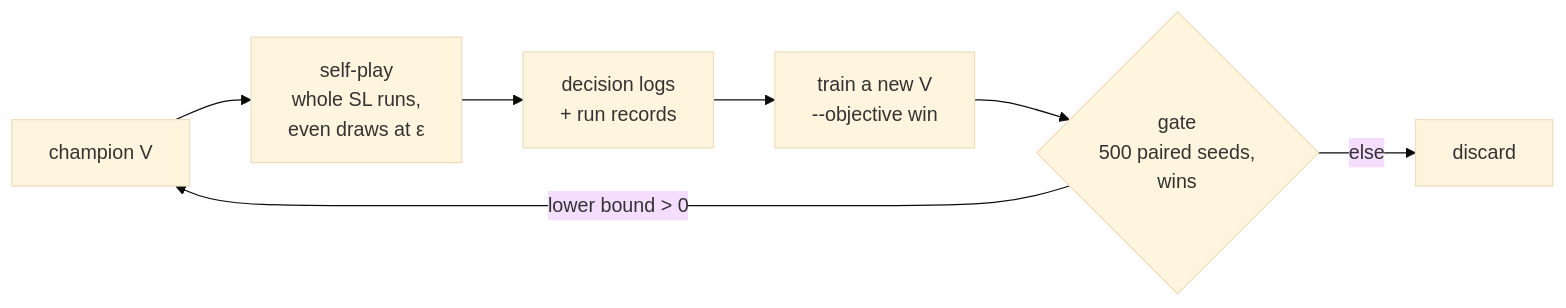
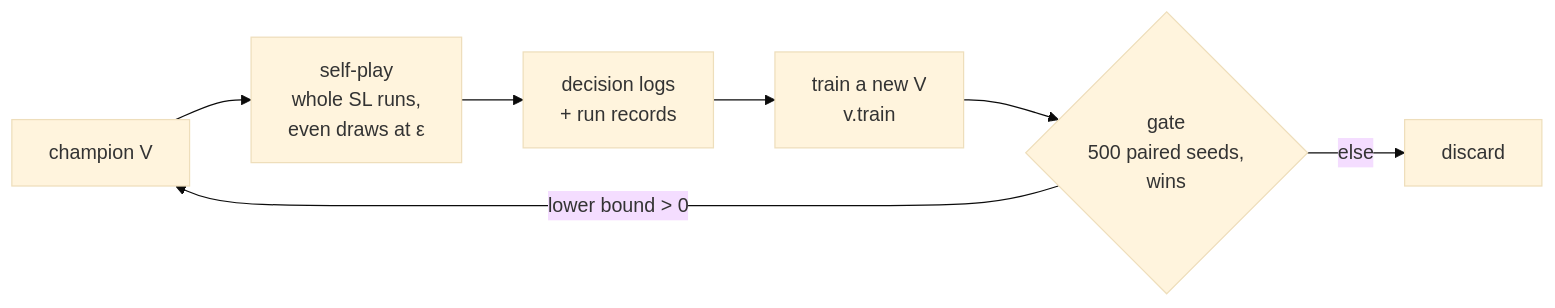
The diagram in docs/src/content/docs/en/arch/macro-brain/selfplay.mdx (shinnku-nikaidou/spire-zero), drawn with Mermaid (base theme) before and after one commit. The commit also changed other lines of this file and 168 other files, not shown here.

````diff
--- a/docs/src/content/docs/en/arch/macro-brain/selfplay.mdx
+++ b/docs/src/content/docs/en/arch/macro-brain/selfplay.mdx
@@ -13,9 +13,9 @@
 ```mermaid
 flowchart LR
   C["champion V"] --> P["self-play<br/>whole SL runs,<br/>even draws at ε"]
   P --> D["decision logs<br/>+ run records"]
-  D --> T["train a new V<br/>--objective win"]
+  D --> T["train a new V<br/>v.train"]
   T --> G{"gate<br/>500 paired seeds,<br/>wins"}
   G -->|"lower bound > 0"| C
   G -->|"else"| X["discard"]
 ```
````
